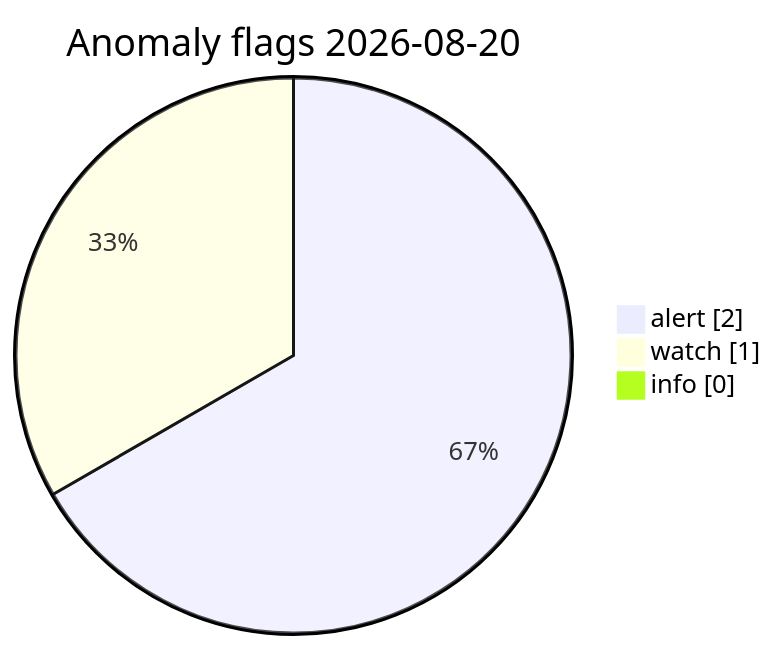
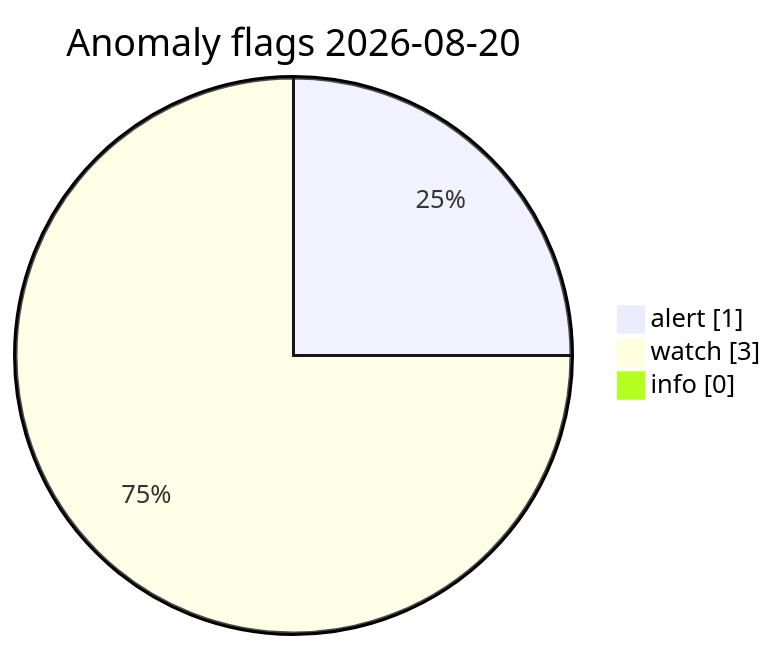
The diagram in visuals/2026-08-20/CHARTS.md (Midwest-Stratospheric/Unified-Open-Global-Weather), drawn with Mermaid before and after one commit. The commit also changed other lines of this file and 13 other files, not shown here.

Commit message:
data(visuals): automated charts 2026-08-20T10:58Z

````diff
--- a/visuals/2026-08-20/CHARTS.md
+++ b/visuals/2026-08-20/CHARTS.md
@@ -73,7 +73,7 @@
 ```mermaid
 pie showData
   title Anomaly flags 2026-08-20
-  "alert" : 2
-  "watch" : 1
+  "alert" : 1
+  "watch" : 3
   "info" : 0
 ```
````
